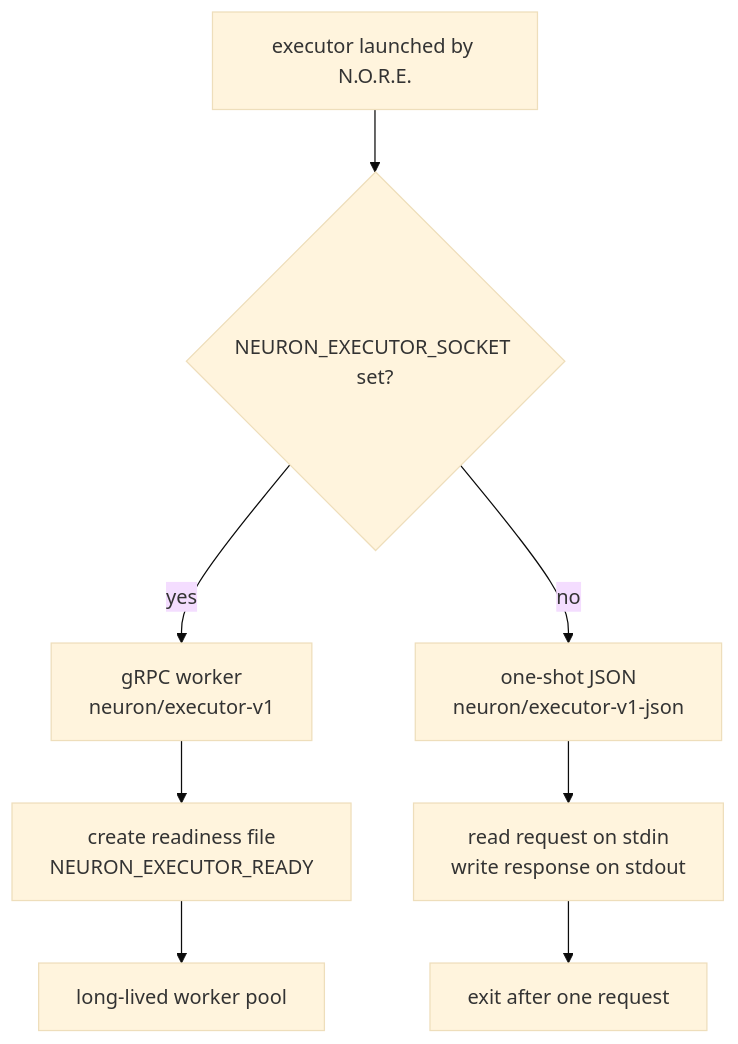
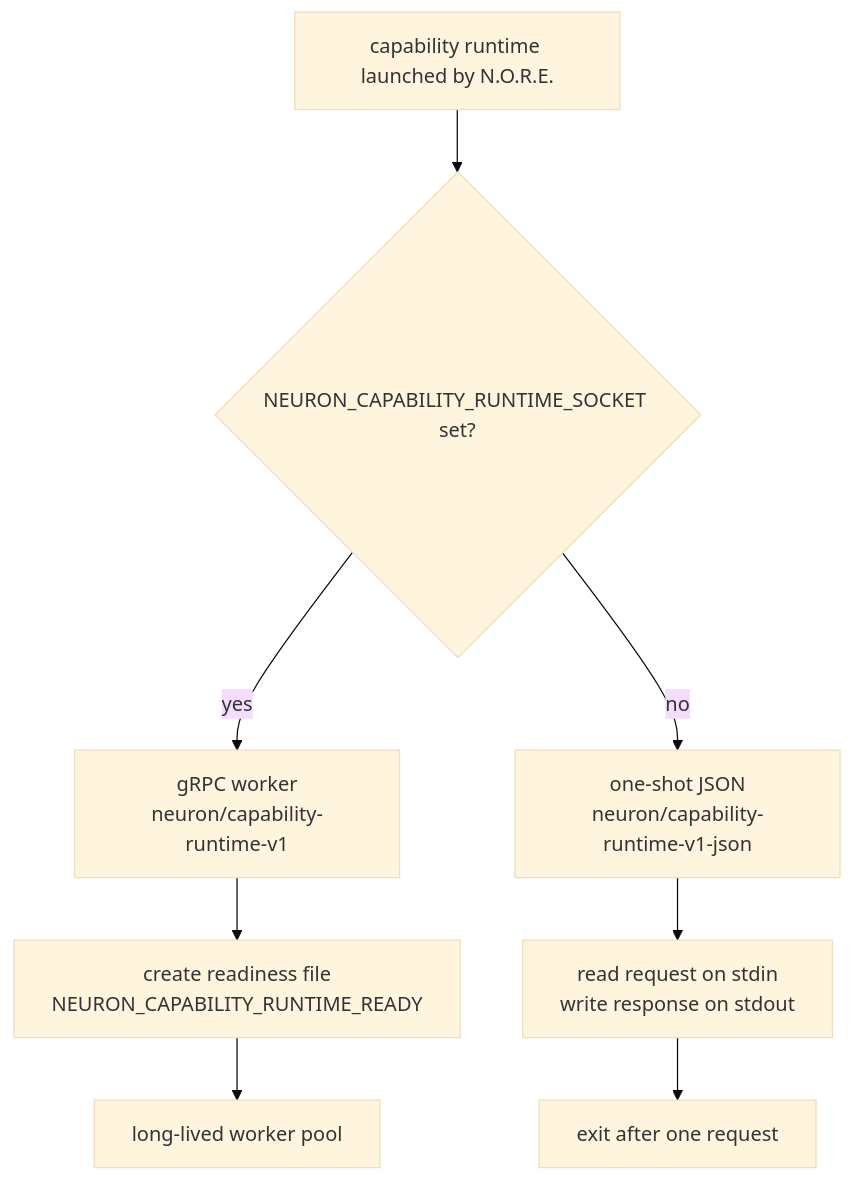
One commit to neuron-runtime/neuron changed the second of 2 diagrams in packages/executor-sdks/golang/README.md. Above: the diagram before and after it, drawn with Mermaid (base theme). The commit also changed other lines of this file and 119 other files, not shown here.

````diff
--- a/packages/executor-sdks/golang/README.md
+++ b/packages/executor-sdks/golang/README.md
@@ -239,10 +238,10 @@
 ```mermaid
 flowchart TD
-    A[executor launched by N.O.R.E.] --> B{NEURON_EXECUTOR_SOCKET set?}
-    B -->|yes| C[gRPC worker<br/>neuron/executor-v1]
-    C --> D[create readiness file<br/>NEURON_EXECUTOR_READY]
+    A[capability runtime launched by N.O.R.E.] --> B{NEURON_CAPABILITY_RUNTIME_SOCKET set?}
+    B -->|yes| C[gRPC worker<br/>neuron/capability-runtime-v1]
+    C --> D[create readiness file<br/>NEURON_CAPABILITY_RUNTIME_READY]
     D --> F[long-lived worker pool]
-    B -->|no| E[one-shot JSON<br/>neuron/executor-v1-json]
+    B -->|no| E[one-shot JSON<br/>neuron/capability-runtime-v1-json]
     E --> G[read request on stdin<br/>write response on stdout]
     G --> H[exit after one request]
 ```
````
